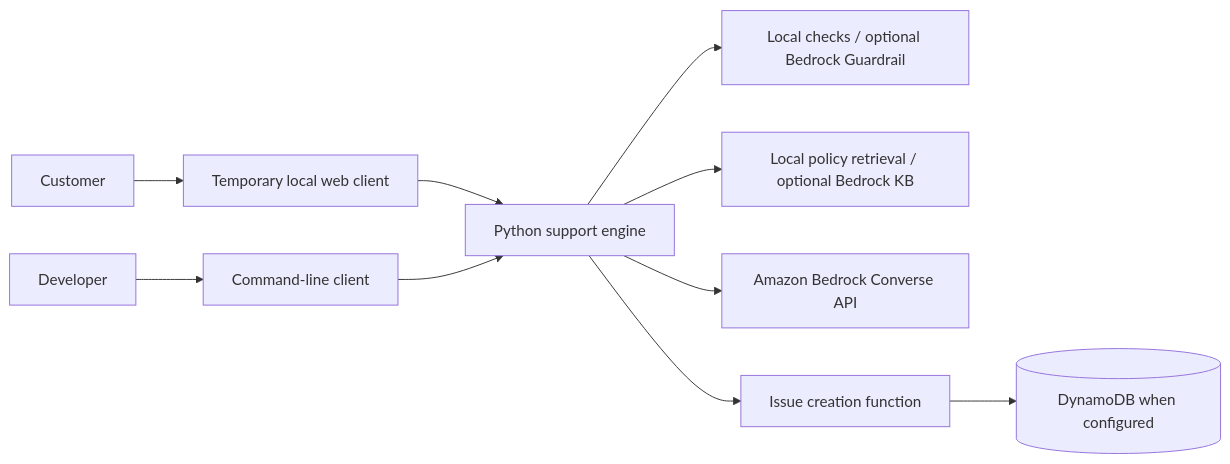
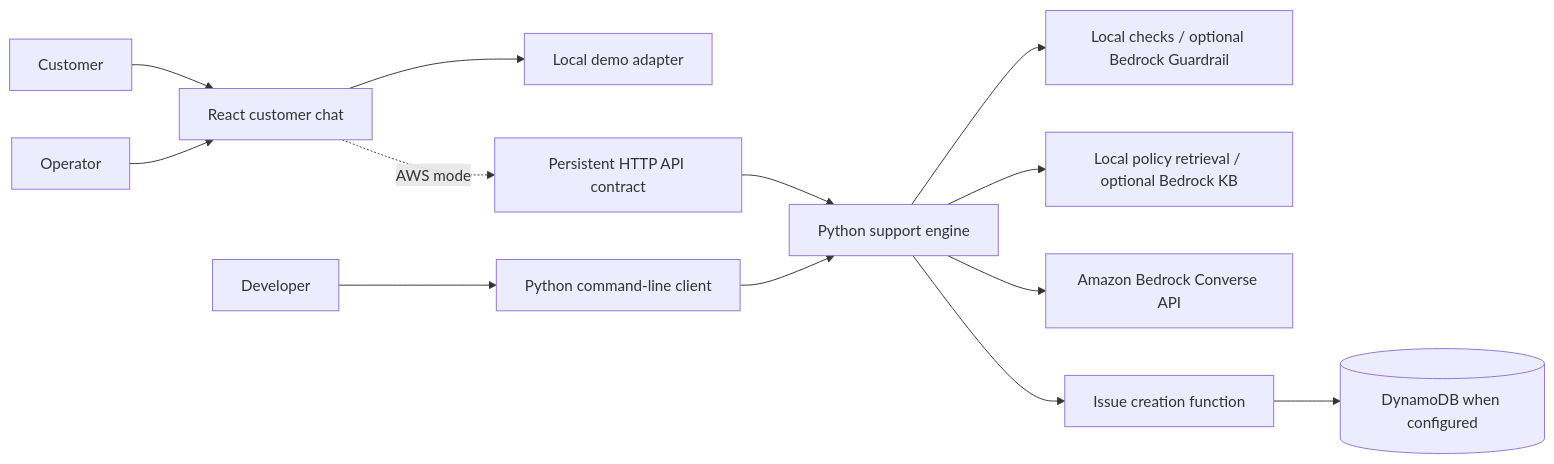
One commit to abdalrahmanattya/customer-support-chatbot-aws-bedrock changed the first of 2 diagrams in README.md. Above: the diagram before and after it, drawn with Mermaid. The commit also changed other lines of this file and 26 other files, not shown here.

Commit message:
feat: add customer and operator web experience

````diff
--- a/README.md
+++ b/README.md
@@ -39,12 +39,15 @@
 ```mermaid
 flowchart LR
-    Customer[Customer] --> Legacy[Temporary local web client]
-    Developer[Developer] --> CLI[Command-line client]
-    Legacy --> Engine[Python support engine]
-    CLI --> Engine
+    Customer[Customer] --> React[React customer chat]
+    Operator[Operator] --> React
+    React --> Demo[Local demo adapter]
+    React -. AWS mode .-> API[Persistent HTTP API contract]
+    Developer[Developer] --> CLI[Python command-line client]
+    CLI --> Engine[Python support engine]
+    API --> Engine
     Engine --> Safety[Local checks / optional Bedrock Guardrail]
     Engine --> Retrieval[Local policy retrieval / optional Bedrock KB]
     Engine --> Converse[Amazon Bedrock Converse API]
     Engine --> Ticket[Issue creation function]
     Ticket --> DynamoDB[(DynamoDB when configured)]
 ```
````
